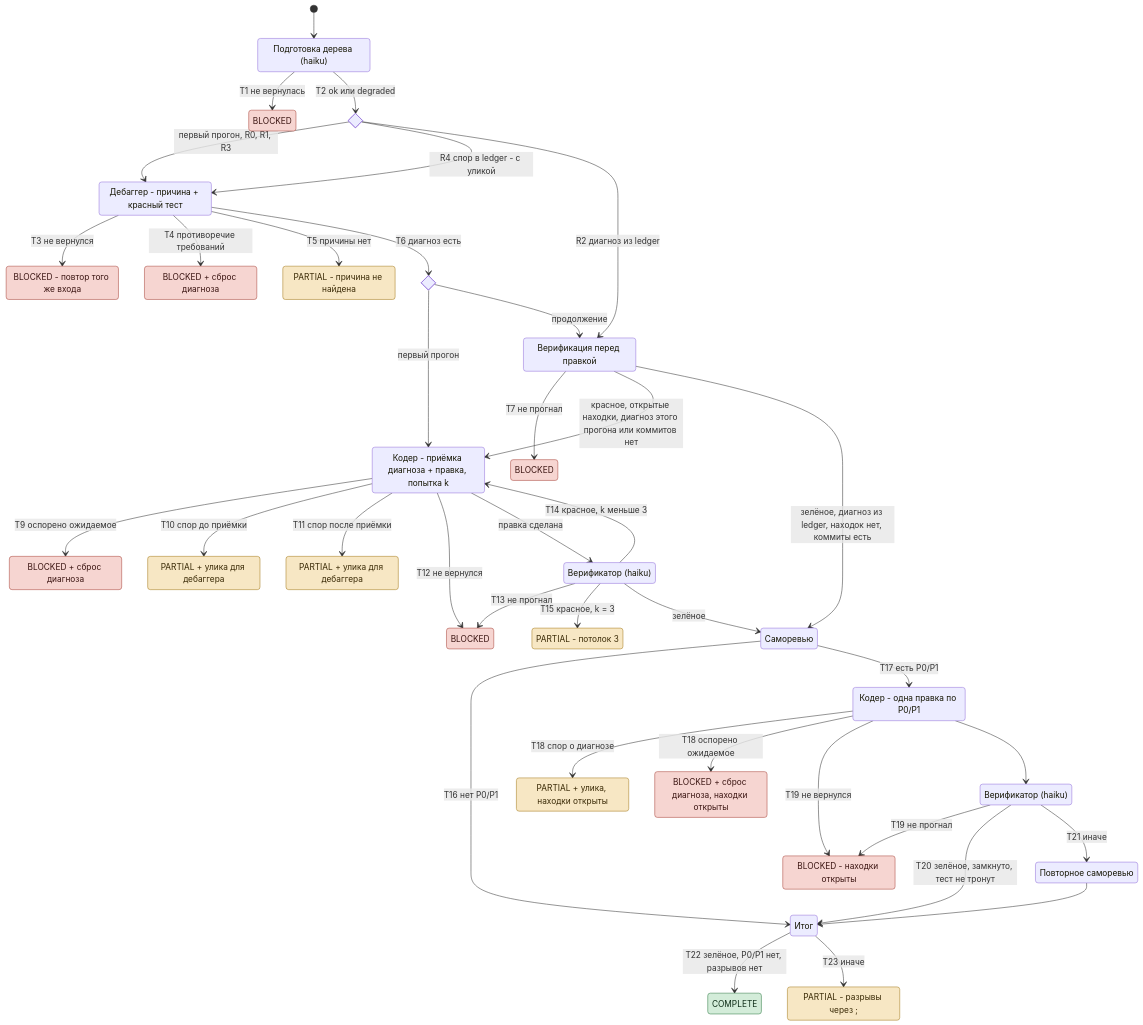
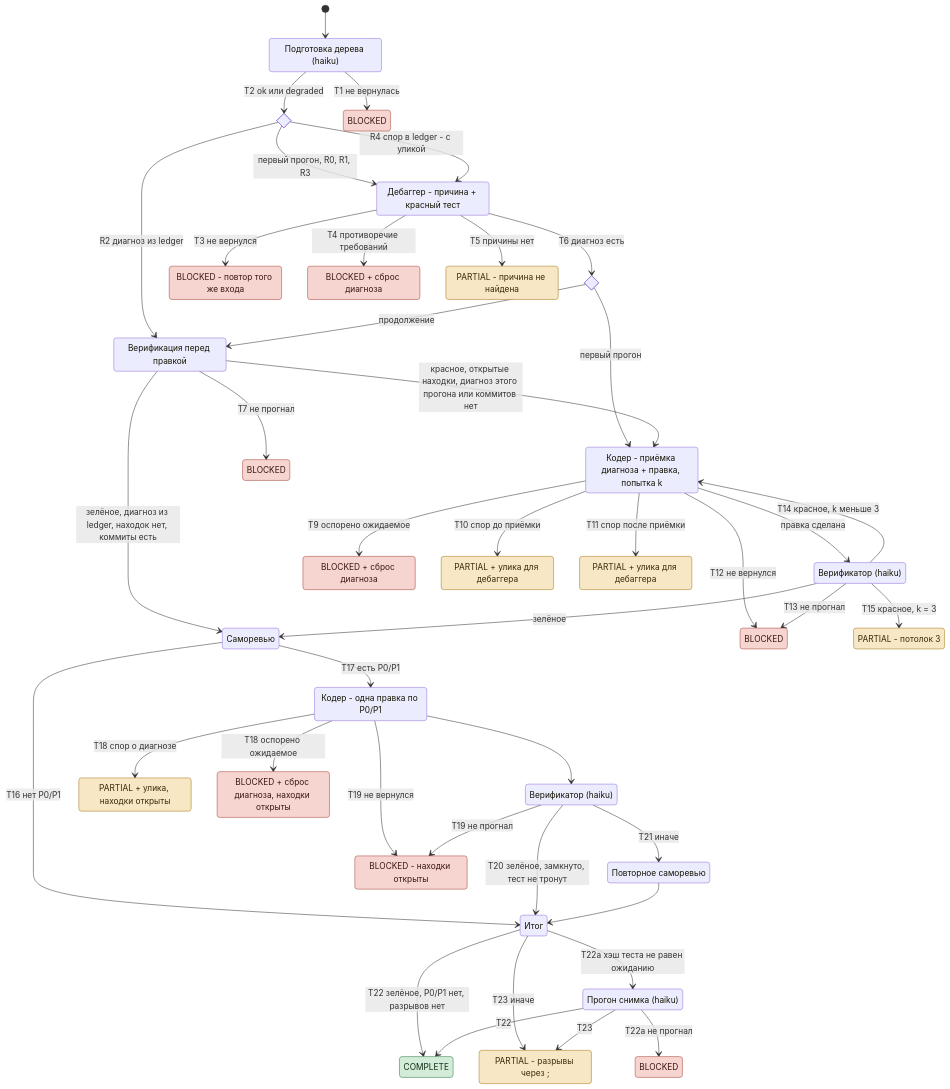
The diagram in plugins/auto/docs/tracks/bugfix.md (dex-it/claude-code-marketplace), drawn with Mermaid before and after one commit. The commit also changed other lines of this file and 15 other files, not shown here.

````diff
--- a/plugins/auto/docs/tracks/bugfix.md
+++ b/plugins/auto/docs/tracks/bugfix.md
@@ -24,6 +24,7 @@
   state "Верификатор (haiku)" as Verify2
   state "Повторное саморевью" as Review2
   state "Итог" as Final
+  state "Прогон снимка (haiku)" as Snap
   state entry <<choice>>
   state afterDiag <<choice>>
 
@@ -40,6 +41,7 @@
   state "PARTIAL + улика, находки открыты" as P5
   state "BLOCKED - находки открыты" as B7
   state "BLOCKED + сброс диагноза, находки открыты" as B8
+  state "BLOCKED" as B9
   state "COMPLETE" as C
   state "PARTIAL - разрывы через ;" as P6
 
@@ -83,11 +85,15 @@
 
   Final --> C: T22 зелёное, P0/P1 нет, разрывов нет
   Final --> P6: T23 иначе
+  Final --> Snap: T22a хэш теста не равен ожиданию
+  Snap --> B9: T22a не прогнал
+  Snap --> C: T22
+  Snap --> P6: T23
 
   classDef stop fill:#f6d5d1,stroke:#a8453b,color:#3b1512
   classDef part fill:#f7e7c4,stroke:#a57a1c,color:#3a2a06
   classDef done fill:#d3ecd9,stroke:#2f7a45,color:#0f2e18
-  class B1,B2,B3,B4,B5,B6,B7,B8 stop
+  class B1,B2,B3,B4,B5,B6,B7,B8,B9 stop
   class P1,P2,P3,P4,P5,P6 part
   class C done
 ```
````
